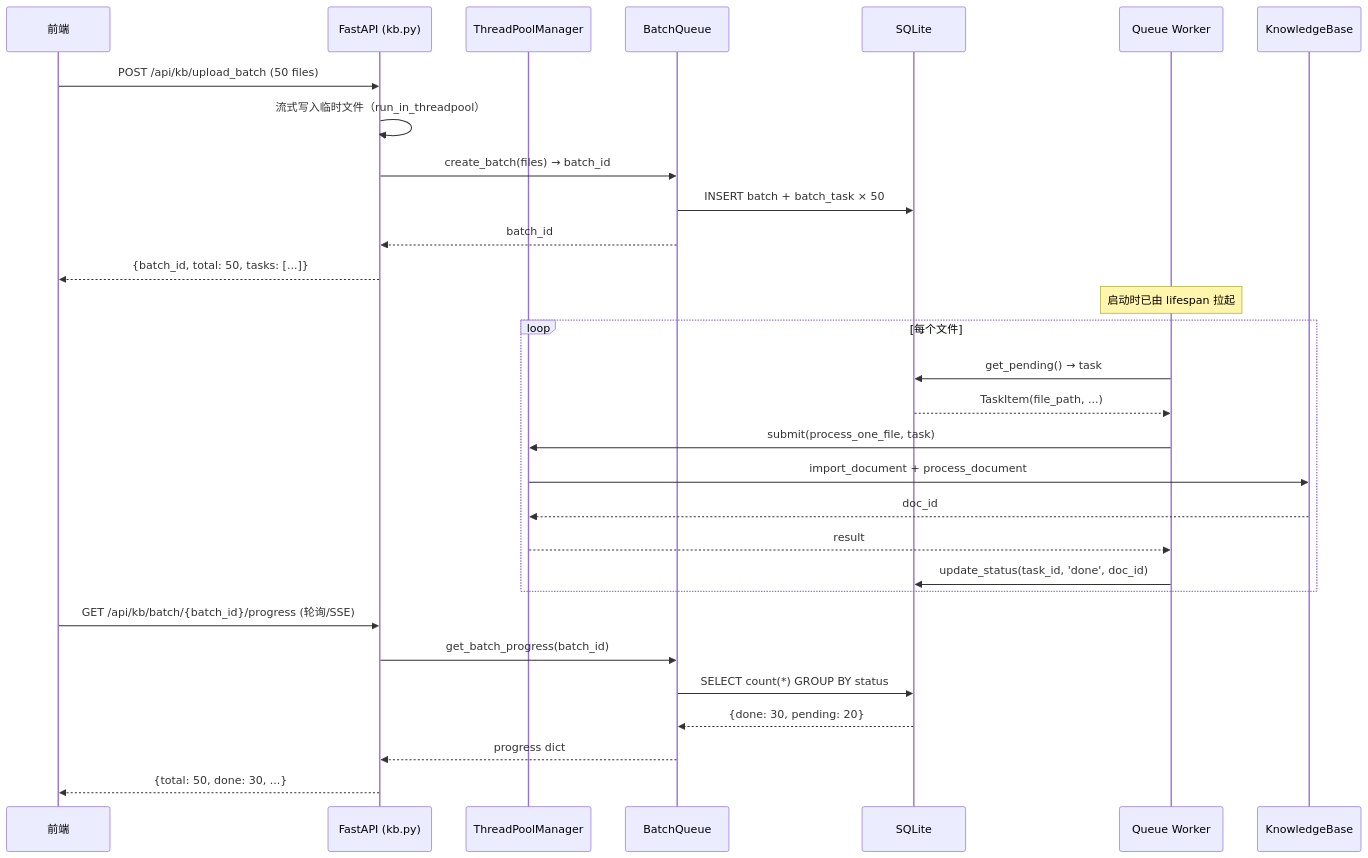
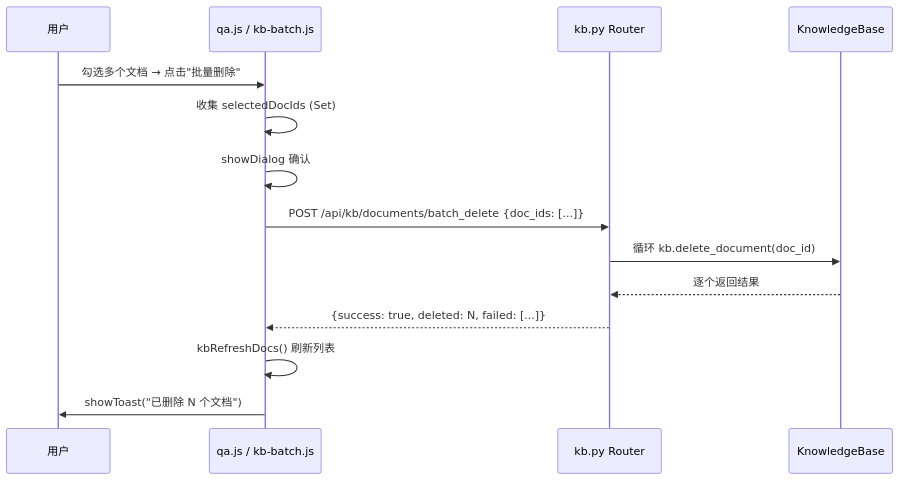
The second of 7 diagrams in docs/system_design.md (zwq871482439/sidemate), drawn with Mermaid before and after one commit. The commit also changed other lines of this file and 17 other files, not shown here.

````diff
--- a/docs/system_design.md
+++ b/docs/system_design.md
@@ -306,35 +315,17 @@
 ```mermaid
 sequenceDiagram
-    participant FE as 前端
-    participant API as FastAPI (kb.py)
-    participant TPool as ThreadPoolManager
-    participant BQ as BatchQueue
-    participant DB as SQLite
-    participant Worker as Queue Worker
+    participant U as 用户
+    participant FE as qa.js / kb-batch.js
+    participant BE as kb.py Router
     participant KB as KnowledgeBase
 
-    FE->>API: POST /api/kb/upload_batch (50 files)
-    API->>API: 流式写入临时文件（run_in_threadpool）
-    API->>BQ: create_batch(files) → batch_id
-    BQ->>DB: INSERT batch + batch_task × 50
-    BQ-->>API: batch_id
-    API-->>FE: {batch_id, total: 50, tasks: [...]}
-
-    Note over Worker: 启动时已由 lifespan 拉起
-    loop 每个文件
-        Worker->>DB: get_pending() → task
-        DB-->>Worker: TaskItem(file_path, ...)
-        Worker->>TPool: submit(process_one_file, task)
-        TPool->>KB: import_document + process_document
-        KB-->>TPool: doc_id
-        TPool-->>Worker: result
-        Worker->>DB: update_status(task_id, 'done', doc_id)
-    end
-
-    FE->>API: GET /api/kb/batch/{batch_id}/progress (轮询/SSE)
-    API->>BQ: get_batch_progress(batch_id)
-    BQ->>DB: SELECT count(*) GROUP BY status
-    DB-->>BQ: {done: 30, pending: 20}
-    BQ-->>API: progress dict
-    API-->>FE: {total: 50, done: 30, ...}
+    U->>FE: 勾选多个文档 → 点击"批量删除"
+    FE->>FE: 收集 selectedDocIds (Set)
+    FE->>FE: showDialog 确认
+    FE->>BE: POST /api/kb/documents/batch_delete {doc_ids: [...]}
+    BE->>KB: 循环 kb.delete_document(doc_id)
+    KB-->>BE: 逐个返回结果
+    BE-->>FE: {success: true, deleted: N, failed: [...]}
+    FE->>FE: kbRefreshDocs() 刷新列表
+    FE->>U: showToast("已删除 N 个文档")
 ```
````
